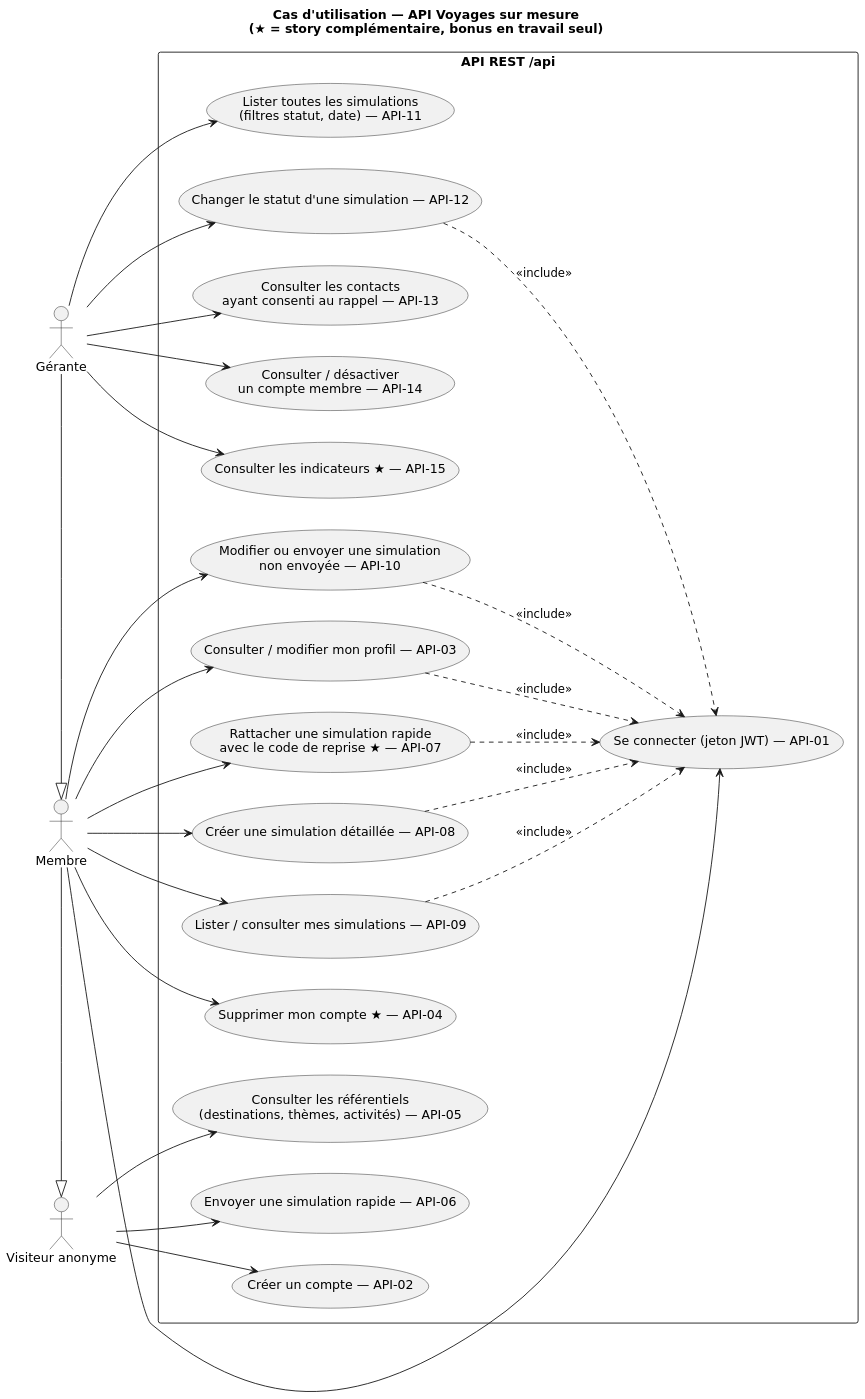
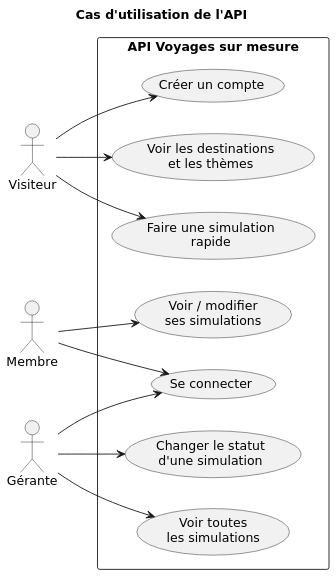
The diagram in docs/conception/sources/03-cas-utilisation.puml (jakevlt/api-voyages-sur-mesure), drawn with PlantUML before and after one commit. The commit also changed 29 other files, not shown here.

First line of the commit message:
docs: alignement avec la fiche E6 (application web, CDC site V03, XAMPP, simulation_rapide)

```diff
--- a/docs/conception/sources/03-cas-utilisation.puml
+++ b/docs/conception/sources/03-cas-utilisation.puml
@@ -1,53 +1,27 @@
 @startuml
 skinparam defaultFontName DejaVu Sans
 skinparam dpi 130
 skinparam shadowing false
 left to right direction
-title Cas d'utilisation — API Voyages sur mesure\n(★ = story complémentaire, bonus en travail seul)
-
-actor "Visiteur anonyme" as V
-actor "Membre" as M
+title Cas d'utilisation de l'API
+actor Visiteur
+actor Membre
 actor "Gérante" as G
-M -|> V
-G -|> M
-
-rectangle "API REST /api" {
-  usecase "Consulter les référentiels\n(destinations, thèmes, activités) — API-05" as UC05
-  usecase "Envoyer une simulation rapide — API-06" as UC06
-  usecase "Créer un compte — API-02" as UC02
-  usecase "Se connecter (jeton JWT) — API-01" as UC01
-  usecase "Consulter / modifier mon profil — API-03" as UC03
-  usecase "Supprimer mon compte ★ — API-04" as UC04
-  usecase "Rattacher une simulation rapide\navec le code de reprise ★ — API-07" as UC07
-  usecase "Créer une simulation détaillée — API-08" as UC08
-  usecase "Lister / consulter mes simulations — API-09" as UC09
-  usecase "Modifier ou envoyer une simulation\nnon envoyée — API-10" as UC10
-  usecase "Lister toutes les simulations\n(filtres statut, date) — API-11" as UC11
-  usecase "Changer le statut d'une simulation — API-12" as UC12
-  usecase "Consulter les contacts\nayant consenti au rappel — API-13" as UC13
-  usecase "Consulter / désactiver\nun compte membre — API-14" as UC14
-  usecase "Consulter les indicateurs ★ — API-15" as UC15
+rectangle "API Voyages sur mesure" {
+  usecase "Voir les destinations\net les thèmes" as U1
+  usecase "Faire une simulation\nrapide" as U2
+  usecase "Créer un compte" as U3
+  usecase "Se connecter" as U4
+  usecase "Voir / modifier\nses simulations" as U5
+  usecase "Voir toutes\nles simulations" as U6
+  usecase "Changer le statut\nd'une simulation" as U7
 }
-
-V --> UC05
-V --> UC06
-V --> UC02
-M --> UC01
-M --> UC03
-M --> UC04
-M --> UC07
-M --> UC08
-M --> UC09
-M --> UC10
-G --> UC11
-G --> UC12
-G --> UC13
-G --> UC14
-G --> UC15
-UC03 ..> UC01 : <<include>>
-UC07 ..> UC01 : <<include>>
-UC08 ..> UC01 : <<include>>
-UC09 ..> UC01 : <<include>>
-UC10 ..> UC01 : <<include>>
-UC12 ..> UC01 : <<include>>
+Visiteur --> U1
+Visiteur --> U2
+Visiteur --> U3
+Membre --> U4
+Membre --> U5
+G --> U4
+G --> U6
+G --> U7
 @enduml
```
